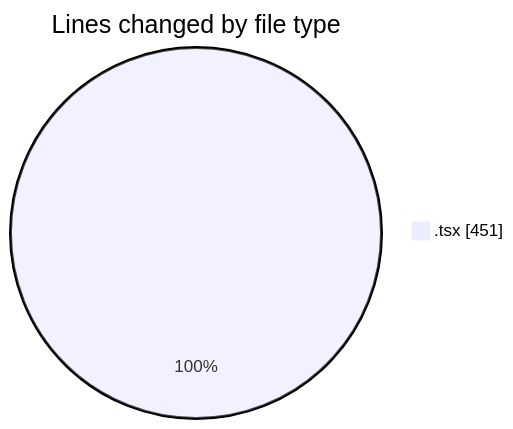
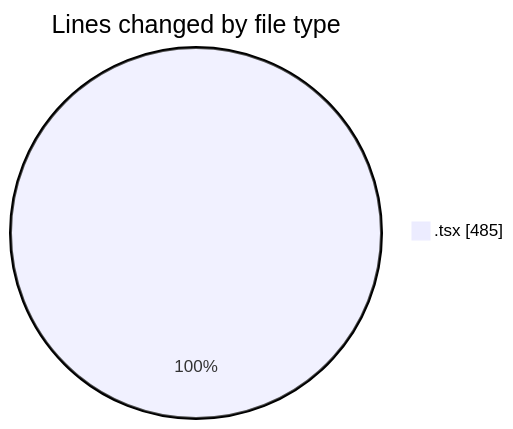
Before and after one commit to robertbonfada/code-tracking: the first of 2 diagrams in 2025-03-12/termonied-web/README.md, drawn with Mermaid. The commit also changed other lines of this file and 1 other file, not shown here.

````diff
--- a/2025-03-12/termonied-web/README.md
+++ b/2025-03-12/termonied-web/README.md
@@ -20,5 +21,5 @@
 ```mermaid
 pie showData
 title Lines changed by file type
-".tsx" : 451
+".tsx" : 485
 ```
````
